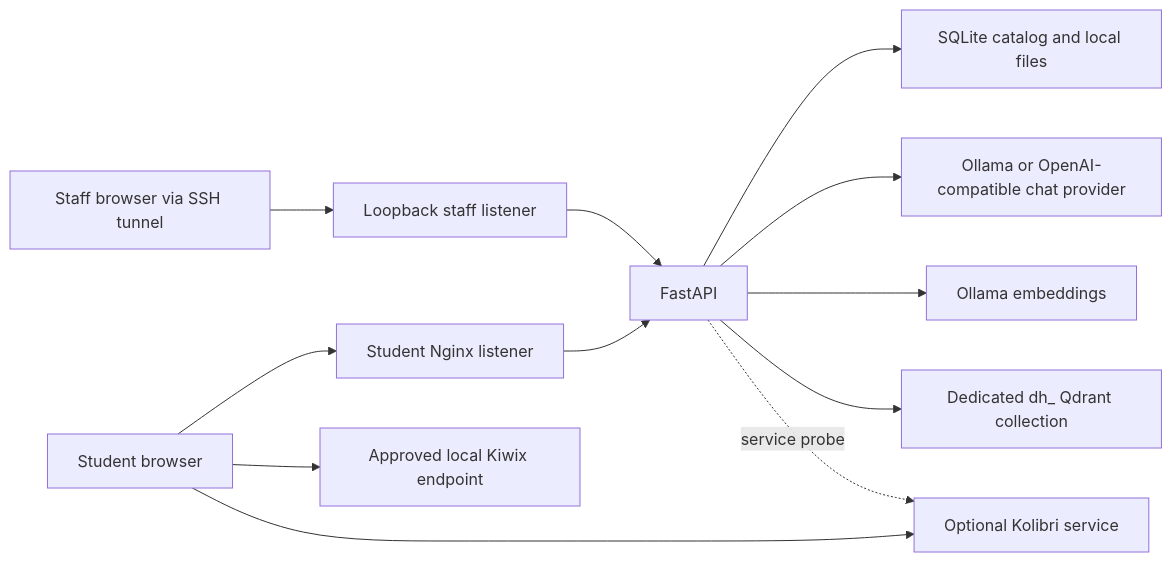
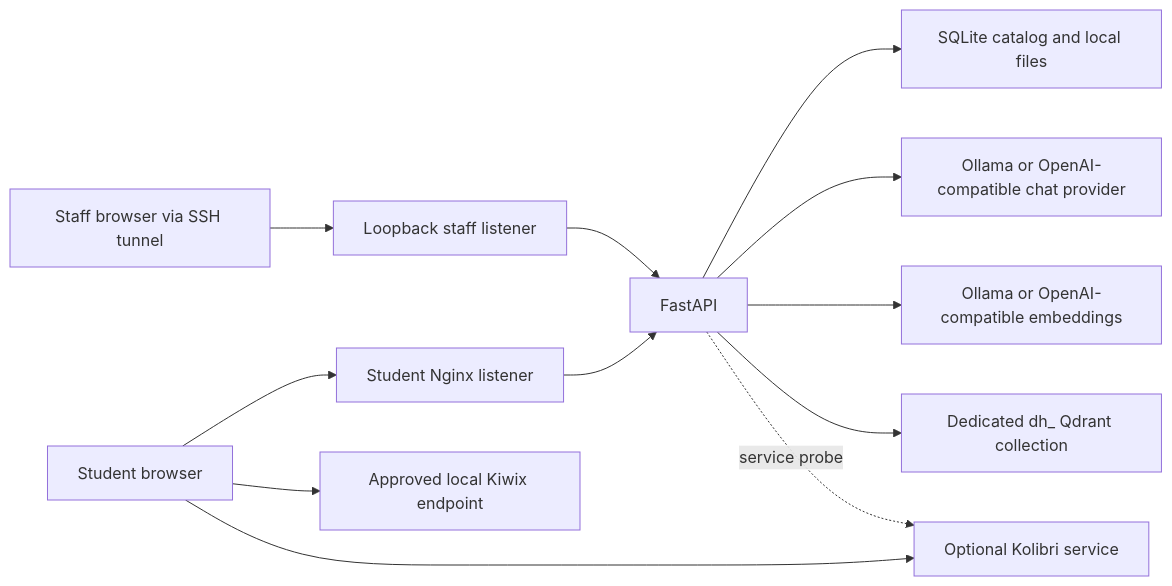
Before and after one commit to apil-khadka/LocalLearning: the diagram in docs/ARCHITECTURE.md, drawn with Mermaid. The commit also changed other lines of this file and 35 other files, not shown here.

````diff
--- a/docs/ARCHITECTURE.md
+++ b/docs/ARCHITECTURE.md
@@ -9,14 +9,14 @@
 ```mermaid
 flowchart LR
     Student[Student browser] --> Portal[Student Nginx listener]
     Portal --> API[FastAPI]
     Staff[Staff browser via SSH tunnel] --> StaffPortal[Loopback staff listener]
     StaffPortal --> API
     API --> Catalog[SQLite catalog and local files]
     API --> Chat[Ollama or OpenAI-compatible chat provider]
-    API --> Ollama[Ollama embeddings]
+    API --> Embedder[Ollama or OpenAI-compatible embeddings]
     API --> Qdrant[Dedicated dh_ Qdrant collection]
     Student --> Kiwix[Approved local Kiwix endpoint]
     Student --> Kolibri[Optional Kolibri service]
     API -. service probe .-> Kolibri
 ```
````
